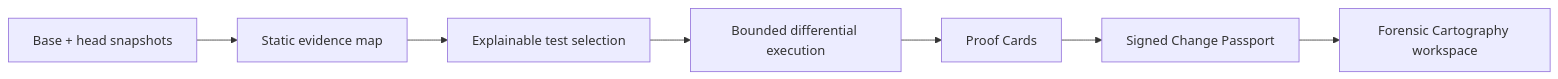
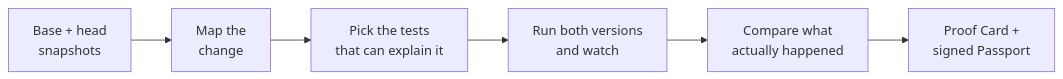
The diagram in README.md (yeegz/CodeAtlas), drawn with Mermaid before and after one commit. The commit also changed other lines of this file and 6 other files, not shown here.

````diff
--- a/README.md
+++ b/README.md
@@ -16,9 +100,8 @@
 ```mermaid
 flowchart LR
-    A["Base + head snapshots"] --> B["Static evidence map"]
-    B --> C["Explainable test selection"]
-    C --> D["Bounded differential execution"]
-    D --> E["Proof Cards"]
-    E --> F["Signed Change Passport"]
-    F --> G["Forensic Cartography workspace"]
+    A["Base + head<br/>snapshots"] --> B["Map the<br/>change"]
+    B --> C["Pick the tests<br/>that can explain it"]
+    C --> D["Run both versions<br/>and watch"]
+    D --> E["Compare what<br/>actually happened"]
+    E --> F["Proof Card +<br/>signed Passport"]
 ```
````
